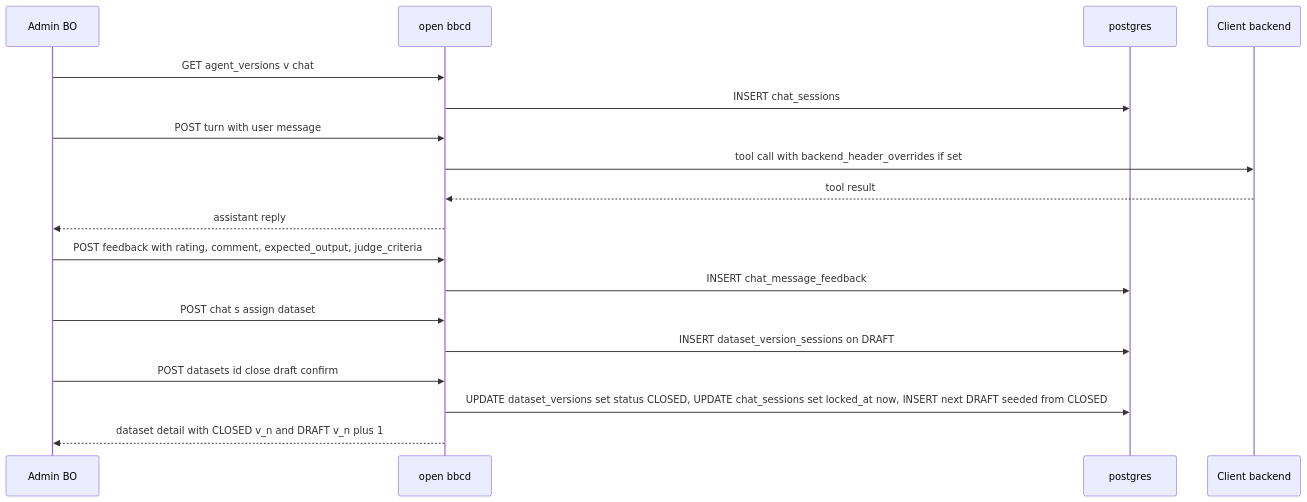
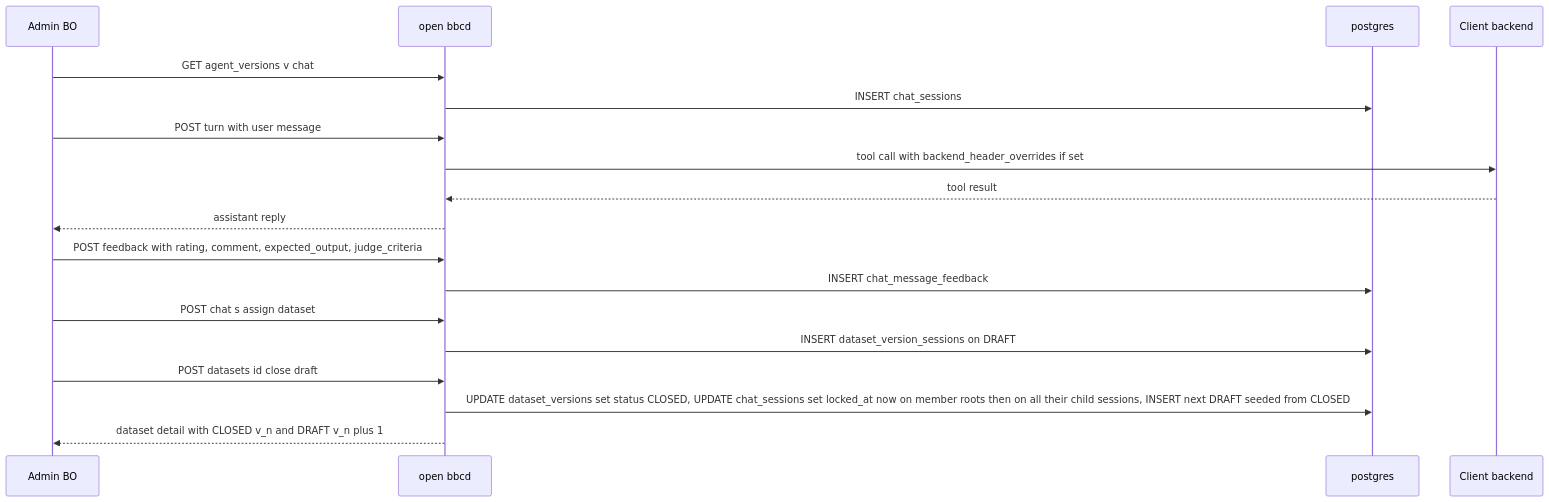
Before and after one commit to DACdigital/openbbc-docs: the second of 7 diagrams in docs/architecture/current/c4/data-flows.md, drawn with Mermaid. The commit also changed other lines of this file and 20 other files, not shown here.

````diff
--- a/docs/architecture/current/c4/data-flows.md
+++ b/docs/architecture/current/c4/data-flows.md
@@ -39,21 +39,21 @@
 ```mermaid
 sequenceDiagram
     participant Admin as Admin BO
     participant OBBCD as open bbcd
     participant DB as postgres
     participant BE as Client backend
 
     Admin->>OBBCD: GET agent_versions v chat
     OBBCD->>DB: INSERT chat_sessions
     Admin->>OBBCD: POST turn with user message
     OBBCD->>BE: tool call with backend_header_overrides if set
     BE-->>OBBCD: tool result
     OBBCD-->>Admin: assistant reply
     Admin->>OBBCD: POST feedback with rating, comment, expected_output, judge_criteria
     OBBCD->>DB: INSERT chat_message_feedback
     Admin->>OBBCD: POST chat s assign dataset
     OBBCD->>DB: INSERT dataset_version_sessions on DRAFT
-    Admin->>OBBCD: POST datasets id close draft confirm
-    OBBCD->>DB: UPDATE dataset_versions set status CLOSED, UPDATE chat_sessions set locked_at now, INSERT next DRAFT seeded from CLOSED
+    Admin->>OBBCD: POST datasets id close draft
+    OBBCD->>DB: UPDATE dataset_versions set status CLOSED, UPDATE chat_sessions set locked_at now on member roots then on all their child sessions, INSERT next DRAFT seeded from CLOSED
     OBBCD-->>Admin: dataset detail with CLOSED v_n and DRAFT v_n plus 1
 ```
````
